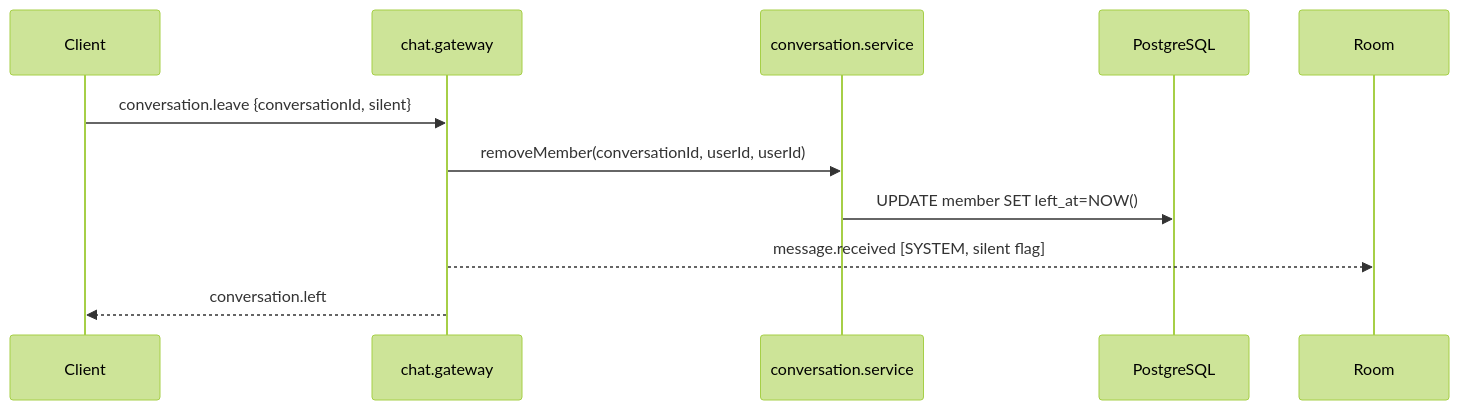
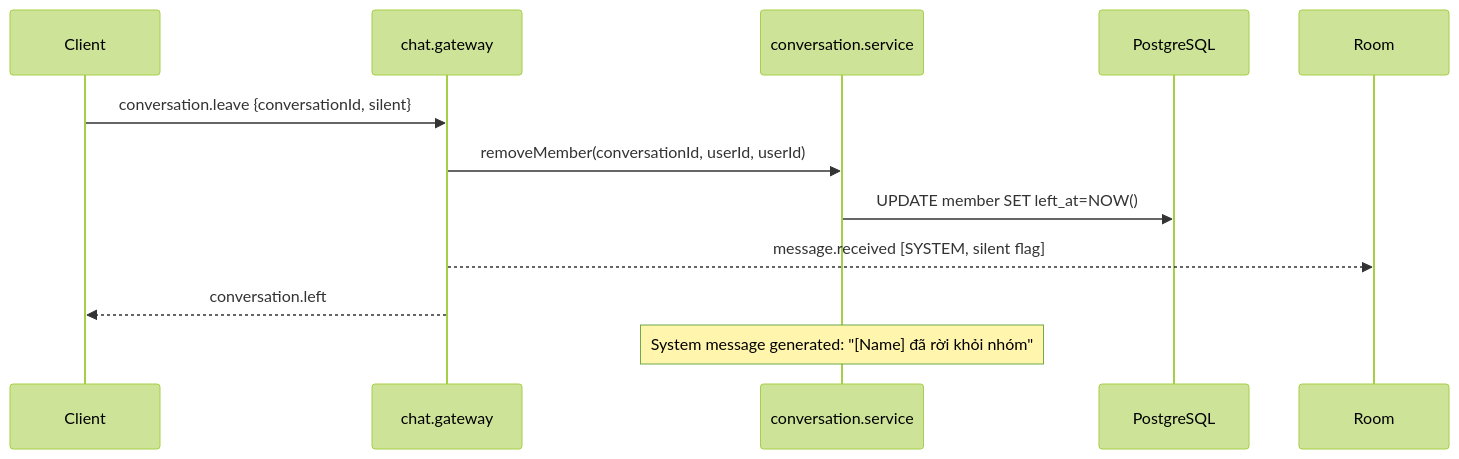
One commit to CNM-DHKTPM18A-2526/CNM-VNALO changed the first of 3 diagrams in docs/sdd/layer-2/MODULE_SPEC_CHAT.md. Above: the diagram before and after it, drawn with Mermaid (forest theme). The commit also changed other lines of this file and 3 other files, not shown here.

````diff
--- a/docs/sdd/layer-2/MODULE_SPEC_CHAT.md
+++ b/docs/sdd/layer-2/MODULE_SPEC_CHAT.md
@@ -111,13 +111,14 @@
 ```mermaid
 sequenceDiagram
   participant C as Client
   participant GW as chat.gateway
   participant CS as conversation.service
   participant DB as PostgreSQL
 
   C->>GW: conversation.leave {conversationId, silent}
   GW->>CS: removeMember(conversationId, userId, userId)
   CS->>DB: UPDATE member SET left_at=NOW()
   GW-->>Room: message.received [SYSTEM, silent flag]
   GW-->>C: conversation.left
+  Note over CS: System message generated: "[Name] đã rời khỏi nhóm"
 ```
````
